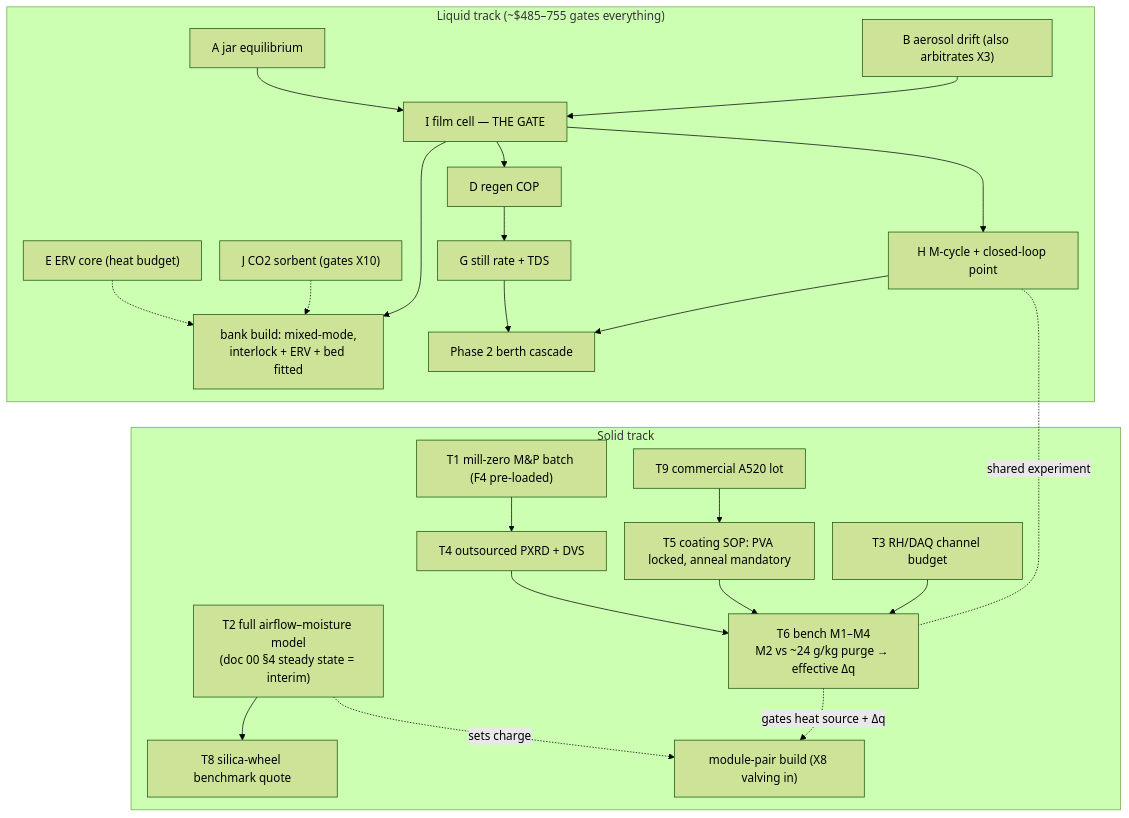
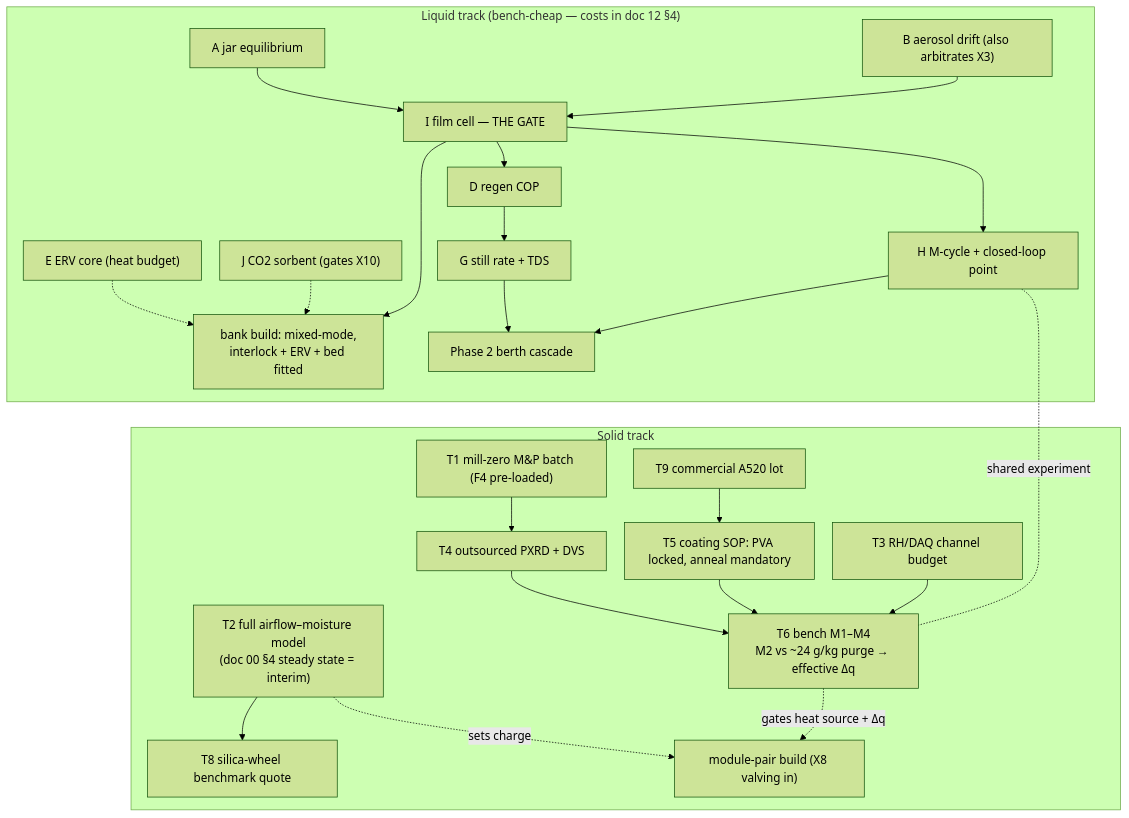
The diagram in scripts/mermaid-render/mmd_wide/40_findings_register_01.mmd (phicyclist/slice-cooling), drawn with Mermaid (forest theme) before and after one commit. The commit also changed 19 other files, not shown here.

```diff
--- a/scripts/mermaid-render/mmd_wide/40_findings_register_01.mmd
+++ b/scripts/mermaid-render/mmd_wide/40_findings_register_01.mmd
@@ -1,22 +1,22 @@
 %%{init: {"flowchart": {"nodeSpacing": 25, "rankSpacing": 35}}}%%
 flowchart TB
-    subgraph LIQ["Liquid track (~$485–755 gates everything)"]
+    subgraph LIQ["Liquid track (bench-cheap — costs in doc 12 §4)"]
         TA["A jar equilibrium"] --> TI["I film cell — THE GATE"]
         TB2["B aerosol drift (also arbitrates X3)"] --> TI
         TE["E ERV core (heat budget)"] -.-> LBUILD
         TJ["J CO2 sorbent (gates X10)"] -.-> LBUILD
         TI --> LBUILD["bank build: mixed-mode,<br/>interlock + ERV + bed fitted"]
         TI --> TD["D regen COP"] --> TG["G still rate + TDS"] --> LP2["Phase 2 berth cascade"]
         TI --> TH["H M-cycle + closed-loop point"] --> LP2
     end
     subgraph SOL["Solid track"]
         T1["T1 mill-zero M&P batch (F4 pre-loaded)"] --> T4["T4 outsourced PXRD + DVS"] --> T6
         T9["T9 commercial A520 lot"] --> T5["T5 coating SOP: PVA locked, anneal mandatory"] --> T6
         T3["T3 RH/DAQ channel budget"] --> T6["T6 bench M1–M4<br/>M2 vs ~24 g/kg purge → effective Δq"]
         T2["T2 full airflow–moisture model<br/>(doc 00 §4 steady state = interim)"] --> T8["T8 silica-wheel benchmark quote"]
         T2 -.->|sets charge| SBUILD["module-pair build (X8 valving in)"]
         T6 -.->|gates heat source + Δq| SBUILD
     end
     TH -. shared experiment .- T6
     LP2 ~~~ T1
     LBUILD ~~~ T2
```
